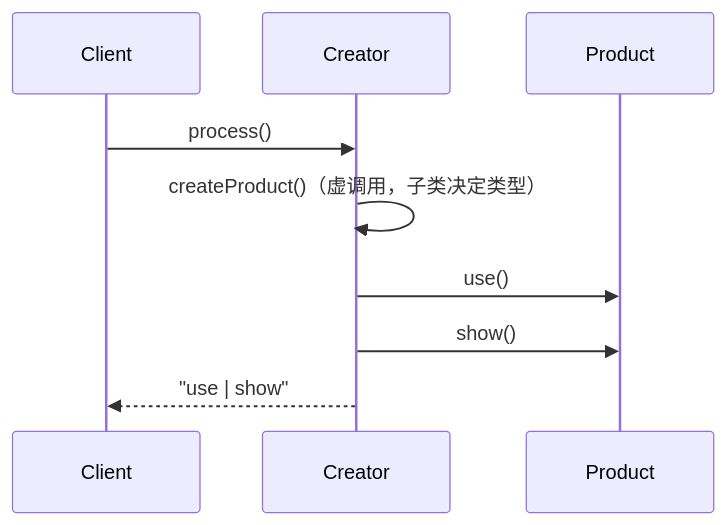
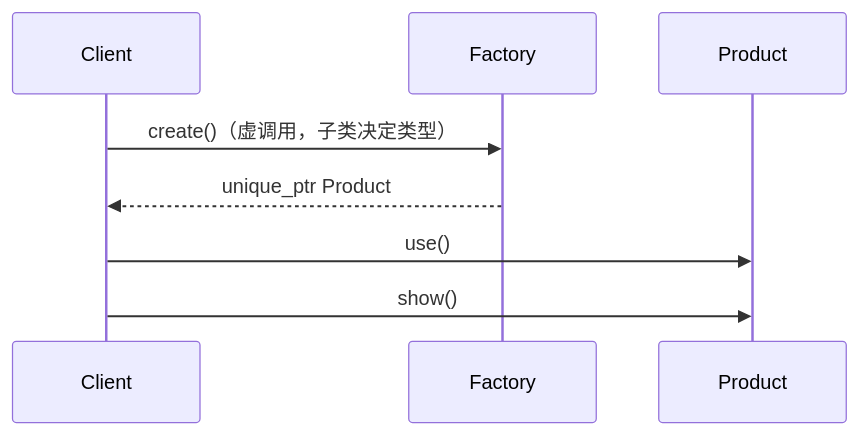
Before and after one commit to zackdlut/design_pattern: the fifth of 9 diagrams in docs/creational/factory_method.md, drawn with Mermaid. The commit also changed other lines of this file and 12 other files, not shown here.

````diff
--- a/docs/creational/factory_method.md
+++ b/docs/creational/factory_method.md
@@ -159,12 +156,11 @@
 ```mermaid
 sequenceDiagram
   participant Client
-  participant Creator
+  participant Factory
   participant Product
 
-  Client->>Creator: process()
-  Creator->>Creator: createProduct()（虚调用，子类决定类型）
-  Creator->>Product: use()
-  Creator->>Product: show()
-  Creator-->>Client: "use | show"
+  Client->>Factory: create()（虚调用，子类决定类型）
+  Factory-->>Client: unique_ptr Product
+  Client->>Product: use()
+  Client->>Product: show()
 ```
````
